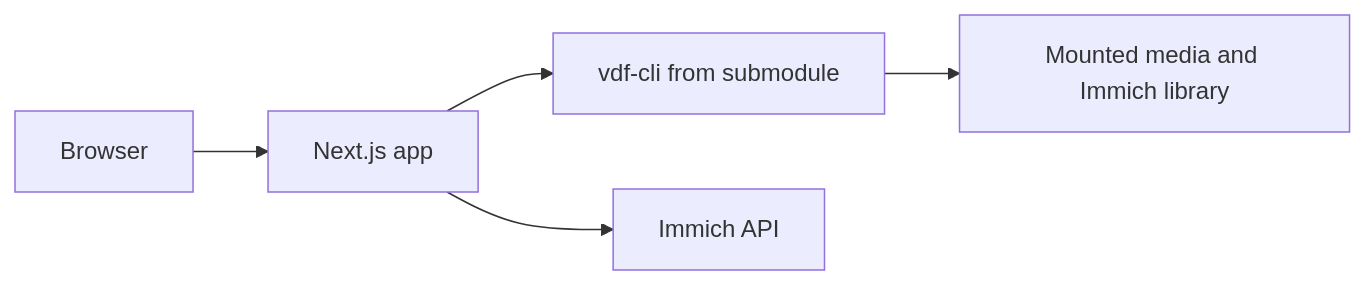
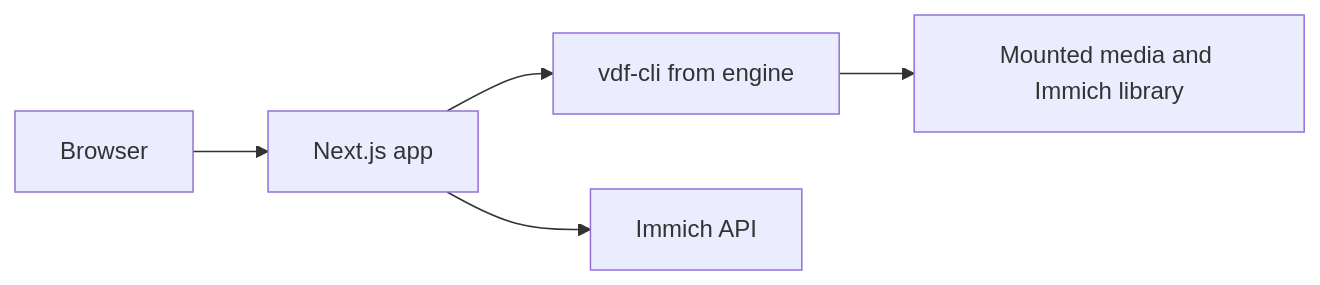
One commit to vinRosso/immich-vdf changed the diagram in docs/vdf-web-plan.md. Above: the diagram before and after it, drawn with Mermaid. The commit also changed other lines of this file and 180 other files, not shown here.

First line of the commit message:
Vendor VDF engine and expand Immich, scan, and results UX.

````diff
--- a/docs/vdf-web-plan.md
+++ b/docs/vdf-web-plan.md
@@ -9,12 +7,12 @@
 ```mermaid
 flowchart LR
   browser[Browser]
   app[Next.js app]
-  cli[vdf-cli from submodule]
+  cli[vdf-cli from engine]
   disk[Mounted media and Immich library]
   immich[Immich API]
   browser --> app
   app --> cli
   cli --> disk
   app --> immich
 ```
````
